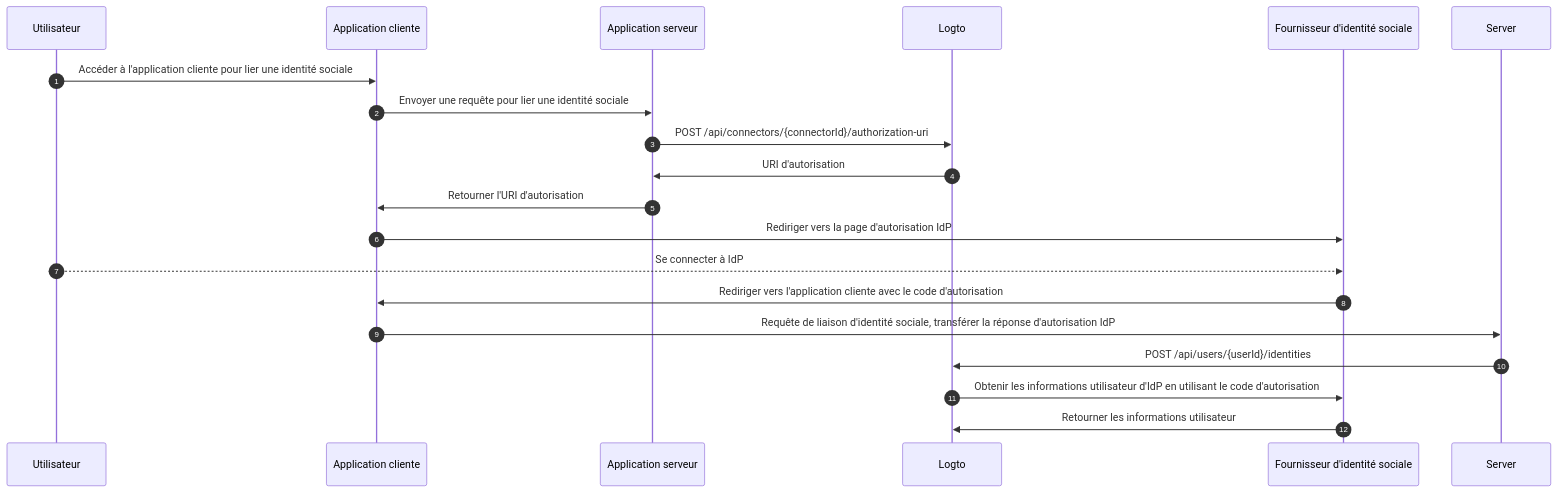
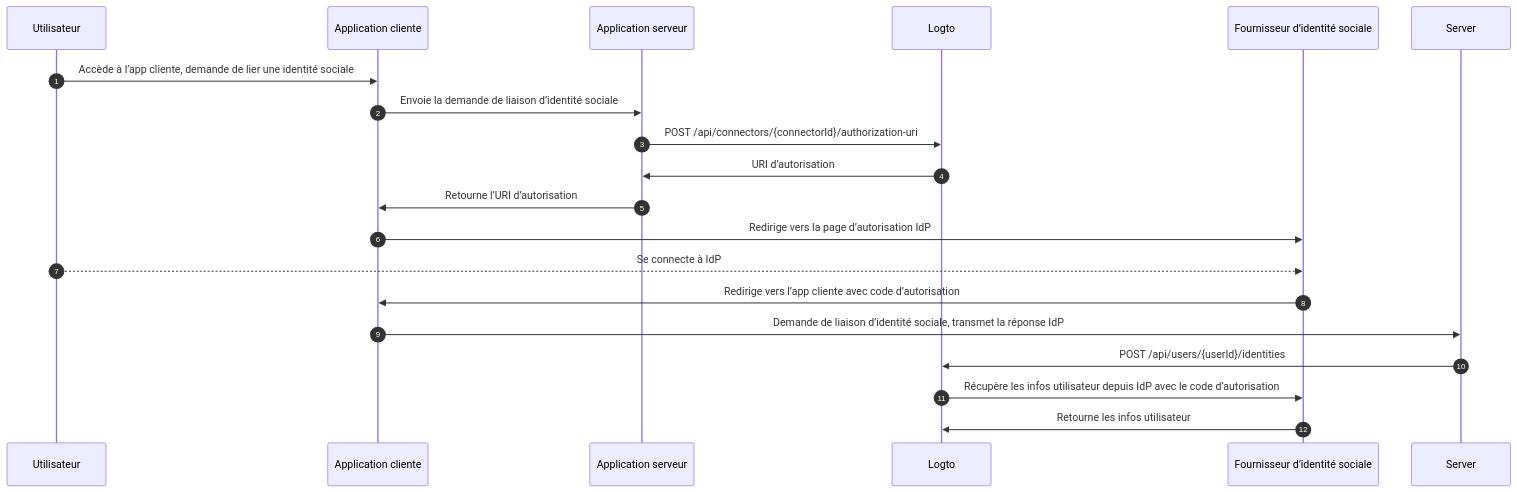
One commit to logto-io/docs changed the third of 3 diagrams in i18n/fr/docusaurus-plugin-content-docs/current/end-user-flows/account-settings/by-management-api.mdx. Above: the diagram before and after it, drawn with Mermaid. The commit also changed other lines of this file and 35 other files, not shown here.

````diff
--- a/i18n/fr/docusaurus-plugin-content-docs/current/end-user-flows/account-settings/by-management-api.mdx
+++ b/i18n/fr/docusaurus-plugin-content-docs/current/end-user-flows/account-settings/by-management-api.mdx
@@ -120,22 +120,22 @@
 ```mermaid
 sequenceDiagram
     autoNumber
     participant User as Utilisateur
     participant Client as Application cliente
     participant App as Application serveur
     participant Logto as Logto
-    participant IdP as Fournisseur d'identité sociale
+    participant IdP as Fournisseur d’identité sociale
 
-    User ->> Client: Accéder à l'application cliente pour lier une identité sociale
-    Client ->> App: Envoyer une requête pour lier une identité sociale
+    User ->> Client: Accède à l’app cliente, demande de lier une identité sociale
+    Client ->> App: Envoie la demande de liaison d’identité sociale
     App ->> Logto: POST /api/connectors/{connectorId}/authorization-uri
-    Logto ->> App: URI d'autorisation
-    App ->> Client: Retourner l'URI d'autorisation
-    Client ->> IdP: Rediriger vers la page d'autorisation IdP
-    User -->> IdP: Se connecter à IdP
-    IdP ->> Client: Rediriger vers l'application cliente avec le code d'autorisation
-    Client ->> Server: Requête de liaison d'identité sociale, transférer la réponse d'autorisation IdP
+    Logto ->> App: URI d’autorisation
+    App ->> Client: Retourne l’URI d’autorisation
+    Client ->> IdP: Redirige vers la page d’autorisation IdP
+    User -->> IdP: Se connecte à IdP
+    IdP ->> Client: Redirige vers l’app cliente avec code d’autorisation
+    Client ->> Server: Demande de liaison d’identité sociale, transmet la réponse IdP
     Server ->> Logto: POST /api/users/{userId}/identities
-    Logto ->> IdP: Obtenir les informations utilisateur d'IdP en utilisant le code d'autorisation
-    IdP ->> Logto: Retourner les informations utilisateur
+    Logto ->> IdP: Récupère les infos utilisateur depuis IdP avec le code d’autorisation
+    IdP ->> Logto: Retourne les infos utilisateur
 ```
````
